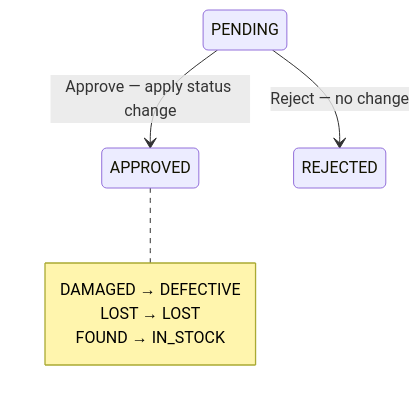
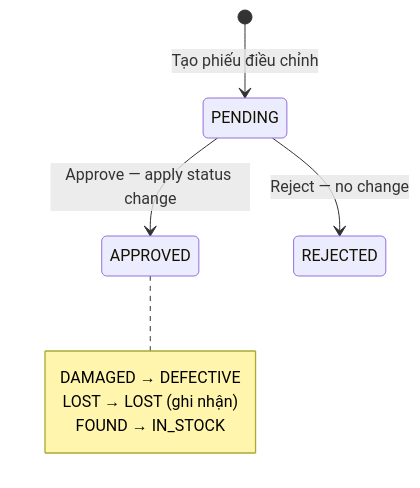
Before and after one commit to Java-Inventory-Management-System/Projects: the first of 2 diagrams in docs/flows/be/05-stock-adjustment-flow.md, drawn with Mermaid. The commit also changed 7 other files, not shown here.

Commit message:
docs: reorganise BE state diagrams — add [*] start/end, fix warranty lifecycle, composite layout

````diff
--- a/docs/flows/be/05-stock-adjustment-flow.md
+++ b/docs/flows/be/05-stock-adjustment-flow.md
@@ -34,7 +34,8 @@
 ```mermaid
 stateDiagram-v2
+    [*] --> PENDING : Tạo phiếu điều chỉnh
     PENDING --> APPROVED : Approve — apply status change
     PENDING --> REJECTED : Reject — no change
 
-    note right of APPROVED : DAMAGED → DEFECTIVE<br/>LOST → LOST<br/>FOUND → IN_STOCK
+    note right of APPROVED : DAMAGED → DEFECTIVE<br/>LOST → LOST (ghi nhận)<br/>FOUND → IN_STOCK
 ```
````
